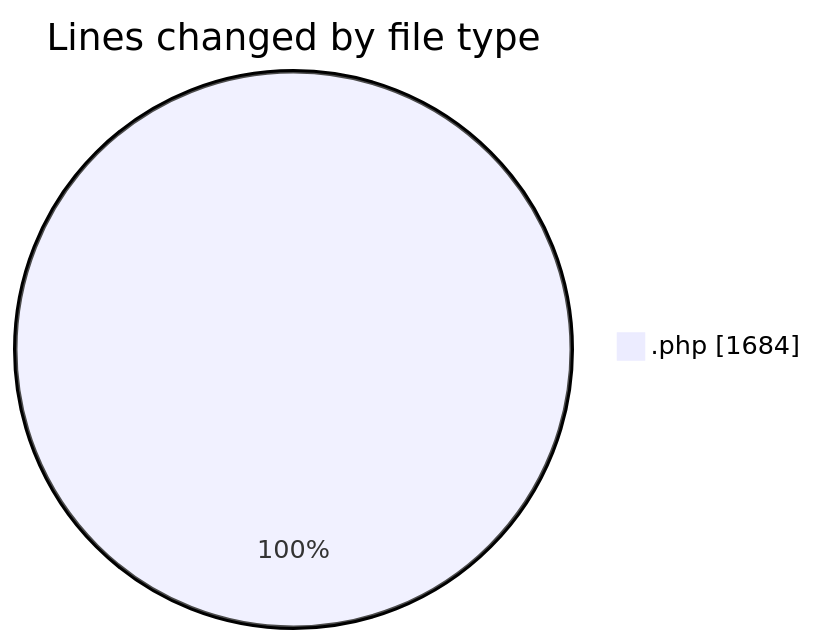
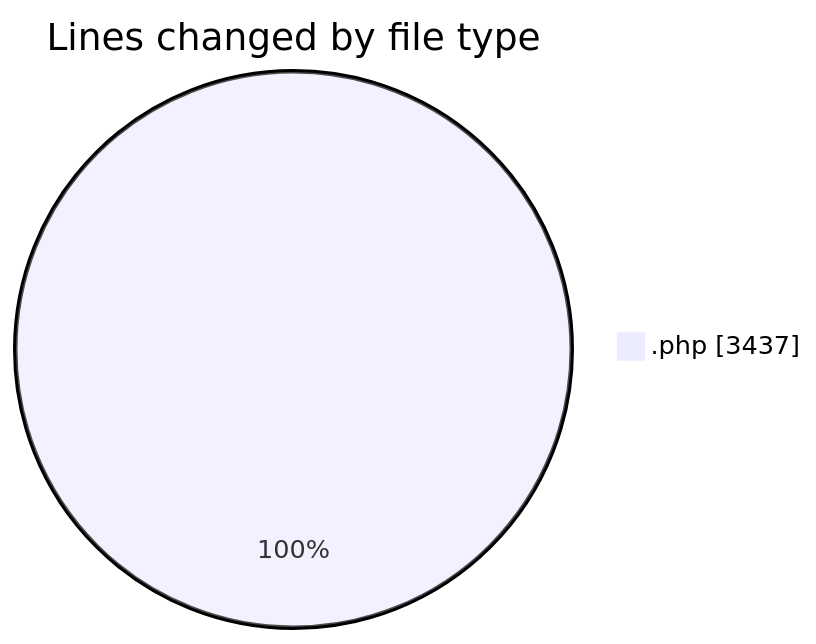
Before and after one commit to debugP/code-tracking: the first of 2 diagrams in 2025-10-21/untitled__workspace_/README.md, drawn with Mermaid. The commit also changed other lines of this file and 1 other file, not shown here.

````diff
--- a/2025-10-21/untitled__workspace_/README.md
+++ b/2025-10-21/untitled__workspace_/README.md
@@ -20,5 +20,5 @@
 ```mermaid
 pie showData
 title Lines changed by file type
-".php" : 1684
+".php" : 3437
 ```
````
